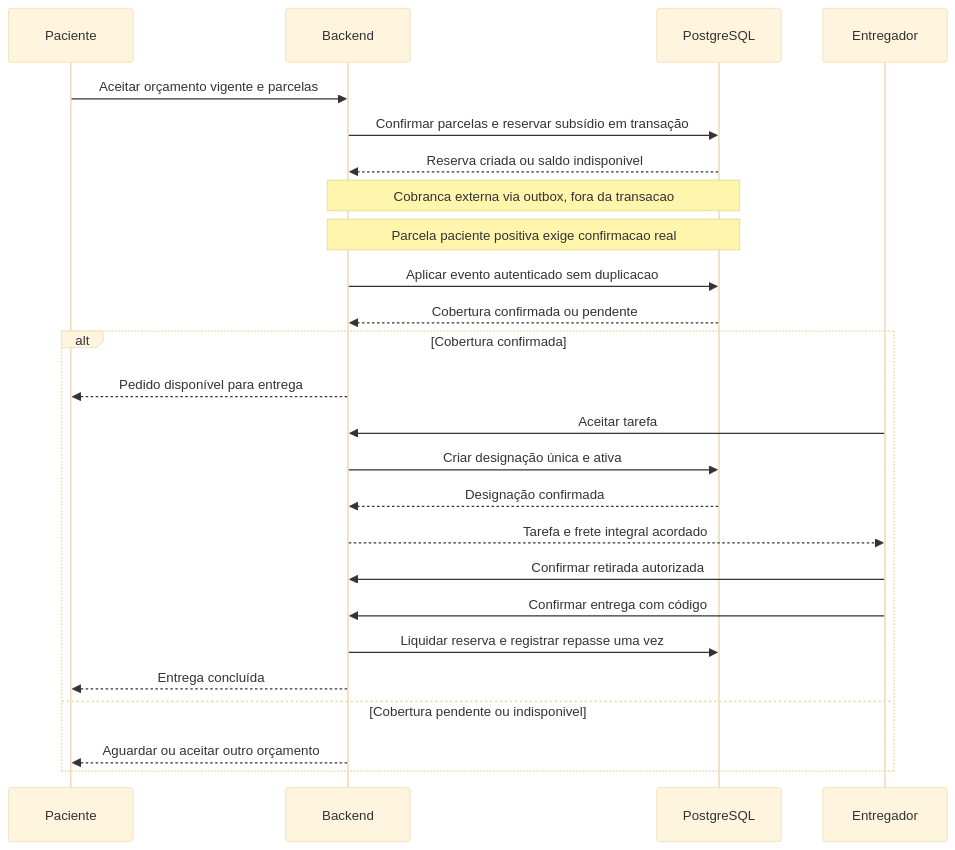
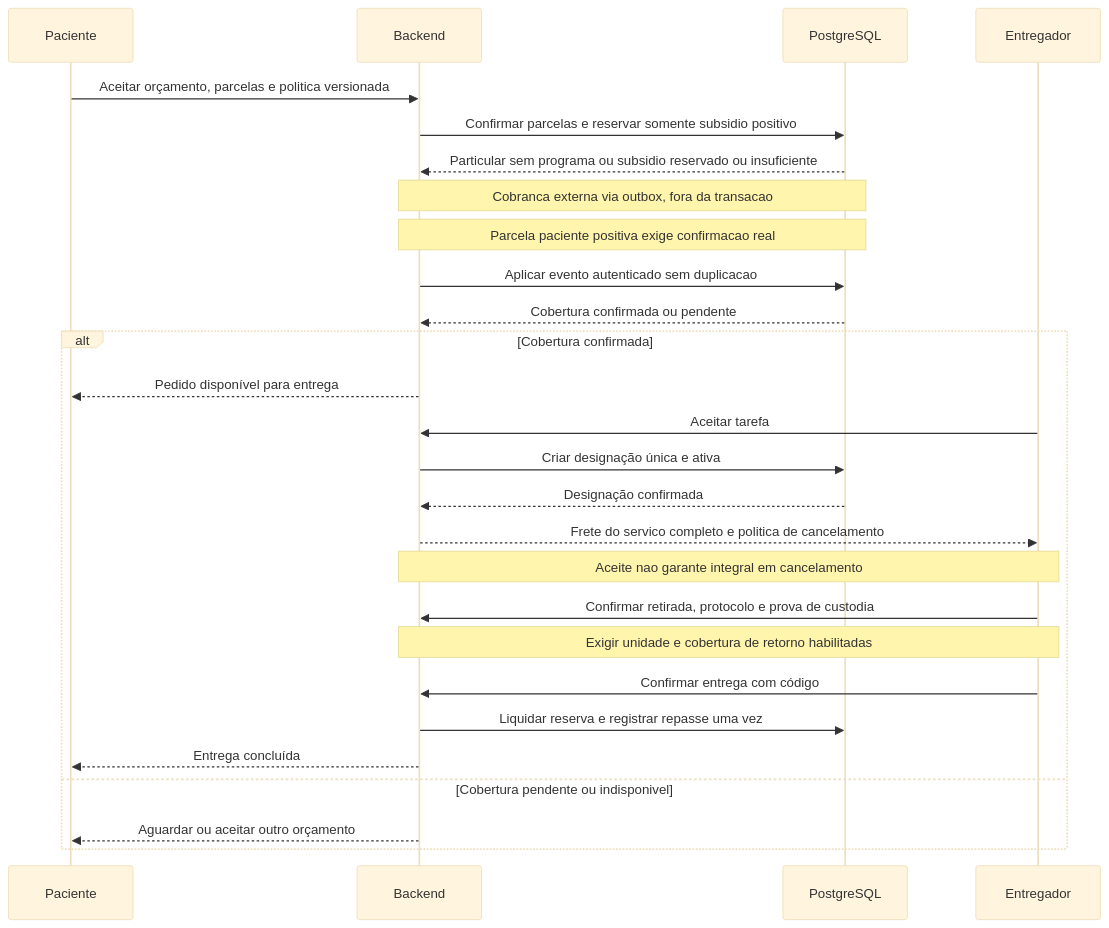
One commit to Kayquebrigadeiro/Exameperto changed the fifth of 10 diagrams in docs/DIAGRAMAS.md. Above: the diagram before and after it, drawn with Mermaid (base theme). The commit also changed other lines of this file and 28 other files, not shown here.

````diff
--- a/docs/DIAGRAMAS.md
+++ b/docs/DIAGRAMAS.md
@@ -141,27 +150,29 @@
 ```mermaid
 sequenceDiagram
   participant C as Paciente
   participant B as Backend
   participant D as PostgreSQL
   participant M as Entregador
-  C->>B: Aceitar orçamento vigente e parcelas
-  B->>D: Confirmar parcelas e reservar subsídio em transação
-  D-->>B: Reserva criada ou saldo indisponivel
+  C->>B: Aceitar orçamento, parcelas e politica versionada
+  B->>D: Confirmar parcelas e reservar somente subsidio positivo
+  D-->>B: Particular sem programa ou subsidio reservado ou insuficiente
   Note over B,D: Cobranca externa via outbox, fora da transacao
   Note over B,D: Parcela paciente positiva exige confirmacao real
   B->>D: Aplicar evento autenticado sem duplicacao
   D-->>B: Cobertura confirmada ou pendente
   alt Cobertura confirmada
     B-->>C: Pedido disponível para entrega
     M->>B: Aceitar tarefa
     B->>D: Criar designação única e ativa
     D-->>B: Designação confirmada
-    B-->>M: Tarefa e frete integral acordado
-    M->>B: Confirmar retirada autorizada
+    B-->>M: Frete do servico completo e politica de cancelamento
+    Note over B,M: Aceite nao garante integral em cancelamento
+    M->>B: Confirmar retirada, protocolo e prova de custodia
+    Note over B,M: Exigir unidade e cobertura de retorno habilitadas
     M->>B: Confirmar entrega com código
     B->>D: Liquidar reserva e registrar repasse uma vez
     B-->>C: Entrega concluída
   else Cobertura pendente ou indisponivel
     B-->>C: Aguardar ou aceitar outro orçamento
   end
 ```
````
